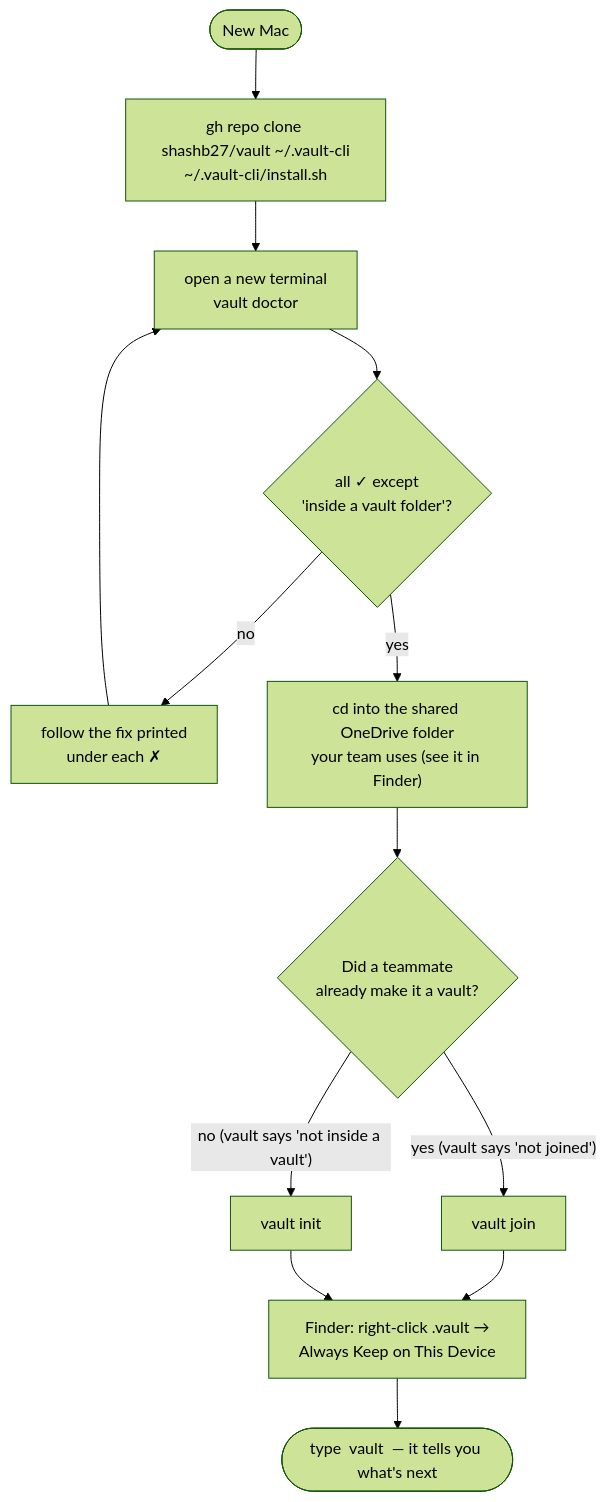
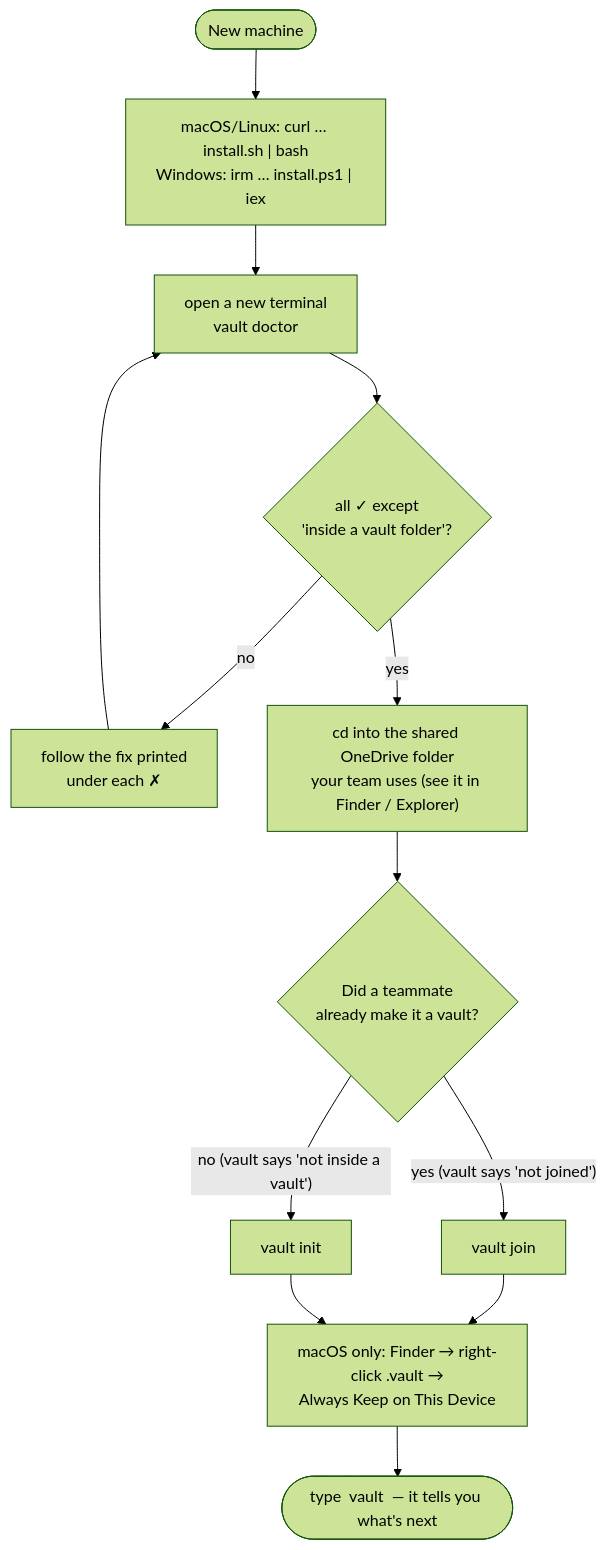
The first of 6 diagrams in README.md (shashb27/vault), drawn with Mermaid (forest theme) before and after one commit. The commit also changed other lines of this file and 33 other files, not shown here.

First line of the commit message:
v0.3.0-beta.1: Go rewrite (macOS/Windows/Linux), controls, installers, release pipeline

````diff
--- a/README.md
+++ b/README.md
@@ -77,14 +90,14 @@
 ```mermaid
 flowchart TD
-    A(["New Mac"]) --> B["gh repo clone shashb27/vault ~/.vault-cli<br/>~/.vault-cli/install.sh"]
+    A(["New machine"]) --> B["macOS/Linux: curl … install.sh | bash<br/>Windows: irm … install.ps1 | iex"]
     B --> C["open a new terminal<br/>vault doctor"]
     C --> D{"all ✓ except<br/>'inside a vault folder'?"}
     D -- no --> E["follow the fix printed<br/>under each ✗"] --> C
-    D -- yes --> F["cd into the shared OneDrive folder<br/>your team uses (see it in Finder)"]
+    D -- yes --> F["cd into the shared OneDrive folder<br/>your team uses (see it in Finder / Explorer)"]
     F --> G{"Did a teammate<br/>already make it a vault?"}
     G -- "yes (vault says 'not joined')" --> H["vault join"]
     G -- "no (vault says 'not inside a vault')" --> I["vault init"]
-    H --> J["Finder: right-click .vault →<br/>Always Keep on This Device"]
+    H --> J["macOS only: Finder → right-click .vault →<br/>Always Keep on This Device"]
     I --> J
     J --> K(["type  vault  — it tells you what's next"])
 ```
````
